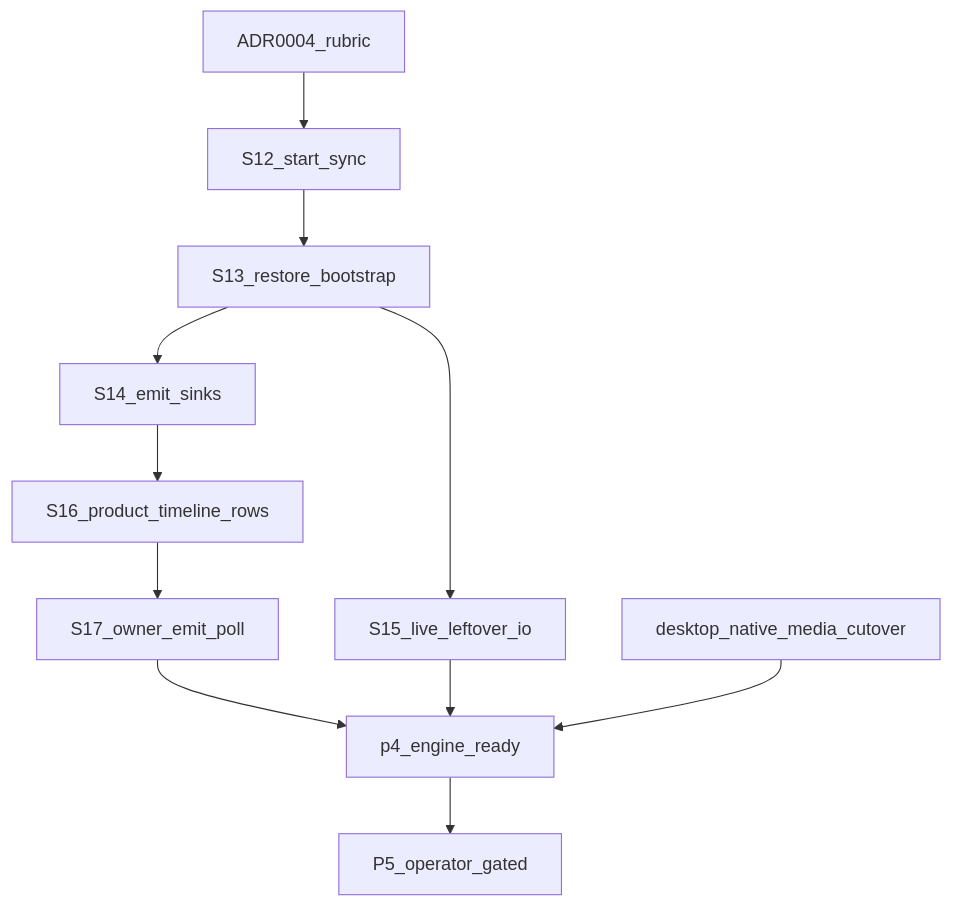
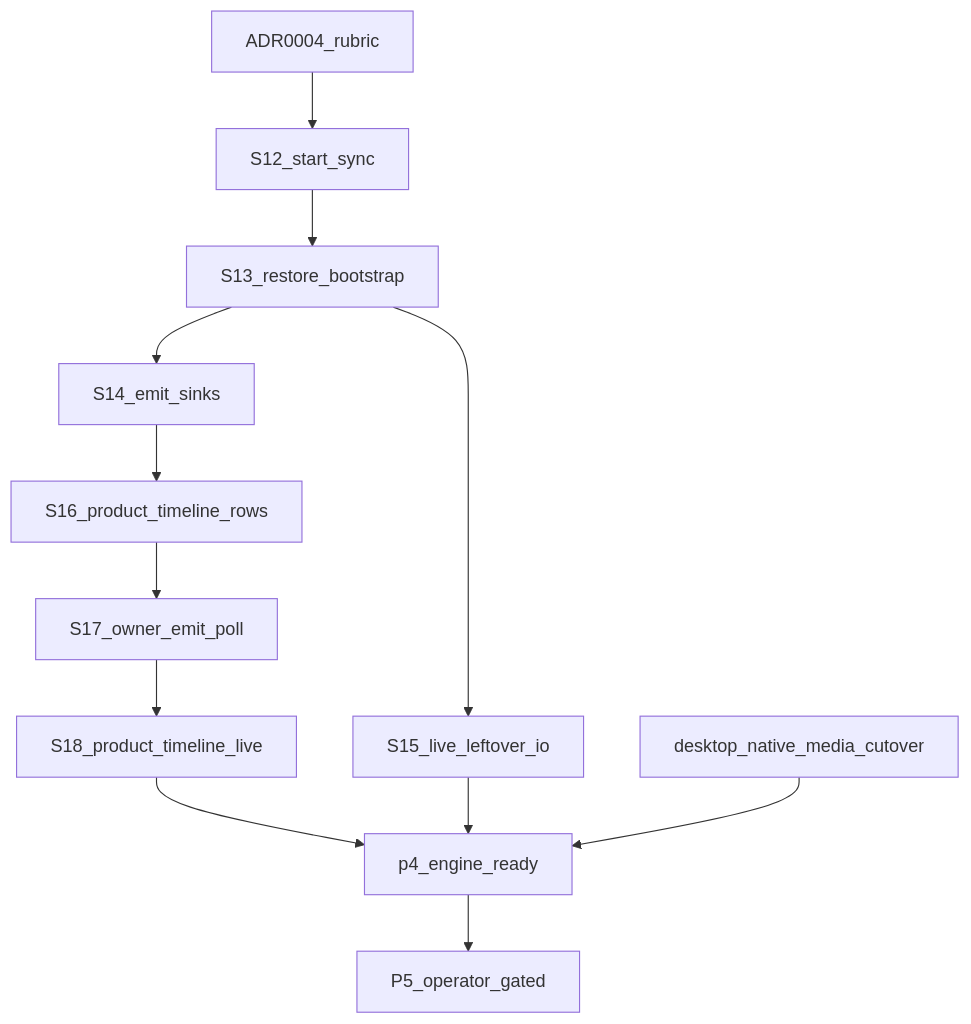
Before and after one commit to nepenth/synara-desktop: the diagram in docs/shared-native-core/13-language-boundary-goal-graph.md, drawn with Mermaid. The commit also changed other lines of this file and 5 other files, not shown here.

First line of the commit message:
feat(ios): consume timeline view-delta poll in product stream (P4-S18)

````diff
--- a/docs/shared-native-core/13-language-boundary-goal-graph.md
+++ b/docs/shared-native-core/13-language-boundary-goal-graph.md
@@ -46,24 +46,26 @@
 ```mermaid
 flowchart TD
   adr0004[ADR0004_rubric]
   s12[S12_start_sync]
   s13[S13_restore_bootstrap]
   s14[S14_emit_sinks]
   s15[S15_live_leftover_io]
   s16[S16_product_timeline_rows]
   s17[S17_owner_emit_poll]
+  s18[S18_product_timeline_live]
   media[desktop_native_media_cutover]
   done[p4_engine_ready]
   p5[P5_operator_gated]
 
   adr0004 --> s12
   s12 --> s13
   s13 --> s14
   s13 --> s15
   s14 --> s16
   s16 --> s17
-  s17 --> done
+  s17 --> s18
+  s18 --> done
   s15 --> done
   media --> done
   done --> p5
 ```
````
